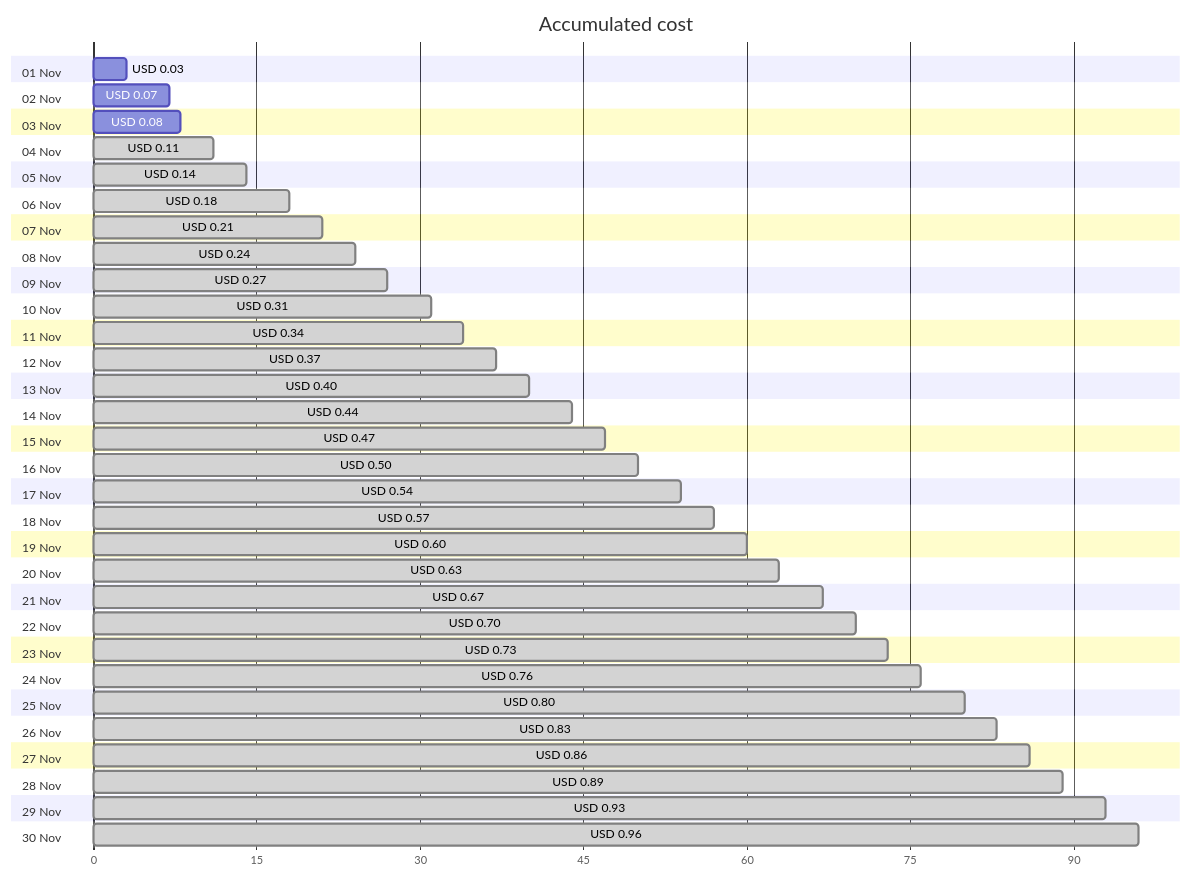
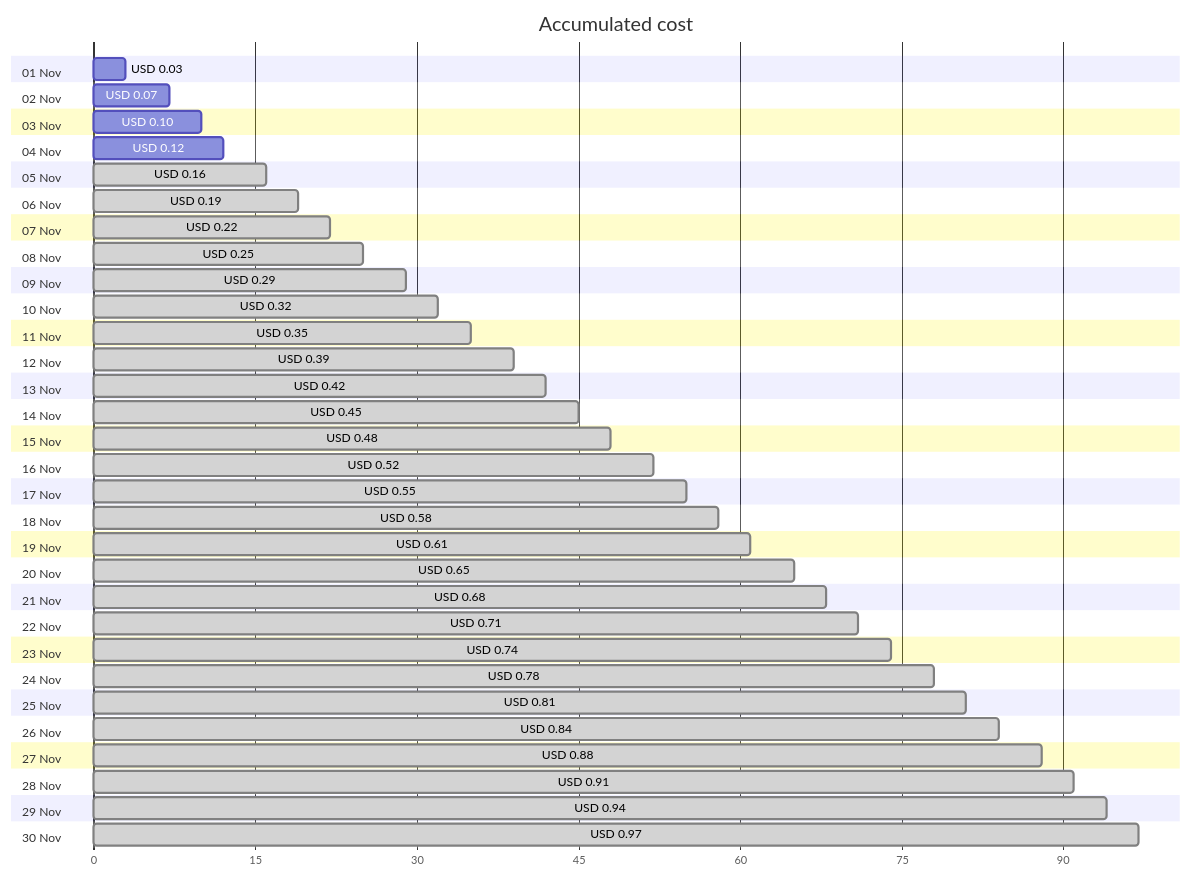
One commit to jpfulton/azure-personal-reports changed the first of 4 diagrams in cost-reports/personal-dns/README.md. Above: the diagram before and after it, drawn with Mermaid. The commit also changed other lines of this file and 2 other files, not shown here.

Commit message:
Generated reports [skip ci]

````diff
--- a/cost-reports/personal-dns/README.md
+++ b/cost-reports/personal-dns/README.md
@@ -20,66 +20,66 @@
 ```mermaid
 gantt
    title Accumulated cost
    dateFormat  X
    axisFormat %s
    section 01 Nov
    USD 0.03 :0, 3
    section 02 Nov
    USD 0.07 :0, 7
    section 03 Nov
-   USD 0.08 :0, 8
+   USD 0.10 :0, 10
    section 04 Nov
-   USD 0.11 : done, 0, 11
+   USD 0.12 :0, 12
    section 05 Nov
-   USD 0.14 : done, 0, 14
+   USD 0.16 : done, 0, 16
    section 06 Nov
-   USD 0.18 : done, 0, 18
+   USD 0.19 : done, 0, 19
    section 07 Nov
-   USD 0.21 : done, 0, 21
+   USD 0.22 : done, 0, 22
    section 08 Nov
-   USD 0.24 : done, 0, 24
+   USD 0.25 : done, 0, 25
    section 09 Nov
-   USD 0.27 : done, 0, 27
+   USD 0.29 : done, 0, 29
    section 10 Nov
-   USD 0.31 : done, 0, 31
+   USD 0.32 : done, 0, 32
    section 11 Nov
-   USD 0.34 : done, 0, 34
+   USD 0.35 : done, 0, 35
    section 12 Nov
-   USD 0.37 : done, 0, 37
+   USD 0.39 : done, 0, 39
    section 13 Nov
-   USD 0.40 : done, 0, 40
+   USD 0.42 : done, 0, 42
    section 14 Nov
-   USD 0.44 : done, 0, 44
+   USD 0.45 : done, 0, 45
    section 15 Nov
-   USD 0.47 : done, 0, 47
+   USD 0.48 : done, 0, 48
    section 16 Nov
-   USD 0.50 : done, 0, 50
+   USD 0.52 : done, 0, 52
    section 17 Nov
-   USD 0.54 : done, 0, 54
+   USD 0.55 : done, 0, 55
    section 18 Nov
-   USD 0.57 : done, 0, 57
+   USD 0.58 : done, 0, 58
    section 19 Nov
-   USD 0.60 : done, 0, 60
+   USD 0.61 : done, 0, 61
    section 20 Nov
-   USD 0.63 : done, 0, 63
+   USD 0.65 : done, 0, 65
    section 21 Nov
-   USD 0.67 : done, 0, 67
+   USD 0.68 : done, 0, 68
    section 22 Nov
-   USD 0.70 : done, 0, 70
+   USD 0.71 : done, 0, 71
    section 23 Nov
-   USD 0.73 : done, 0, 73
+   USD 0.74 : done, 0, 74
    section 24 Nov
-   USD 0.76 : done, 0, 76
+   USD 0.78 : done, 0, 78
    section 25 Nov
-   USD 0.80 : done, 0, 80
+   USD 0.81 : done, 0, 81
    section 26 Nov
-   USD 0.83 : done, 0, 83
+   USD 0.84 : done, 0, 84
    section 27 Nov
-   USD 0.86 : done, 0, 86
+   USD 0.88 : done, 0, 88
    section 28 Nov
-   USD 0.89 : done, 0, 89
+   USD 0.91 : done, 0, 91
    section 29 Nov
-   USD 0.93 : done, 0, 93
+   USD 0.94 : done, 0, 94
    section 30 Nov
-   USD 0.96 : done, 0, 96
+   USD 0.97 : done, 0, 97
 ```
````
